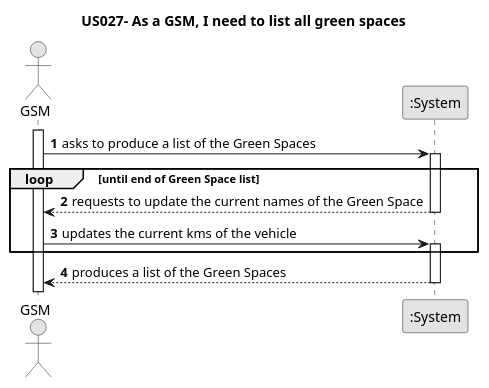
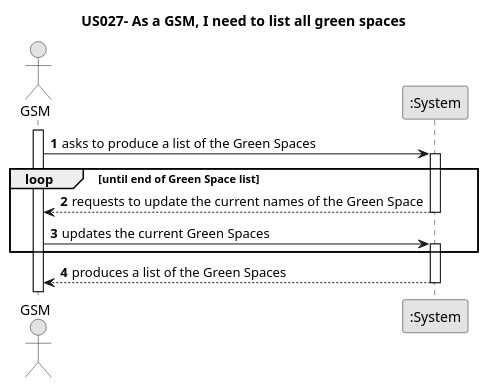
The first of 2 diagrams in docs/sprintC/us027/01.requirements-engineering/puml/us001-system-sequence-diagram.puml (Departamento-de-Engenharia-Informatica/lei-24-s2-1dm-g132), drawn with PlantUML before and after one commit. The commit also changed other lines of this file and 7 other files, not shown here.

```diff
--- a/docs/sprintC/us027/01.requirements-engineering/puml/us001-system-sequence-diagram.puml
+++ b/docs/sprintC/us027/01.requirements-engineering/puml/us001-system-sequence-diagram.puml
@@ -2,28 +2,28 @@
 @startuml
 skinparam monochrome true
 skinparam packageStyle rectangle
 skinparam shadowing false
 
 title US027- As a GSM, I need to list all green spaces
 
 autonumber
 
 actor "GSM" as GSM
 participant ":System" as System
 
 activate GSM
 
     GSM -> System : asks to produce a list of the Green Spaces
     activate System
 
     loop until end of Green Space list
     System --> GSM : requests to update the current names of the Green Space
     deactivate System
-    GSM -> System : updates the current kms of the vehicle
+    GSM -> System : updates the current Green Spaces
     activate System
     end
 
     System --> GSM : produces a list of the Green Spaces
     deactivate System
 
 @enduml
```
